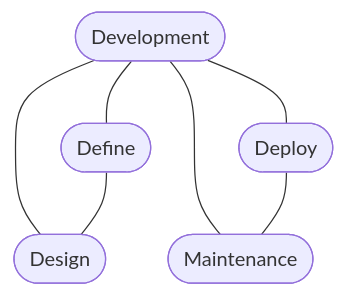
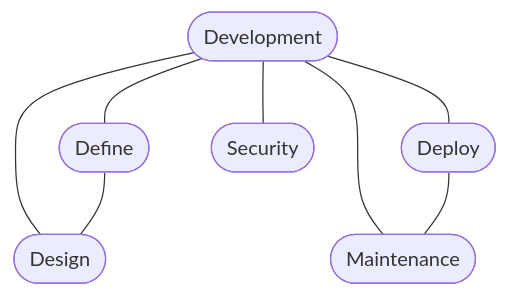
Before and after one commit to JohnTelford/iterate: the diagram in src/team_overview.md, drawn with Mermaid. The commit also changed 3 other files, not shown here.

````diff
--- a/src/team_overview.md
+++ b/src/team_overview.md
@@ -12,15 +12,17 @@
 ``` mermaid
 	graph TD
     dev --- def
     dev --- des
     dev --- dep
     dev --- mnt
     def --- des
     dep --- mnt
+    dev --- sec
 
     dev([Development])
     def([Define])
     des([Design])
     dep([Deploy])
     mnt([Maintenance])
-```
+    sec([Security])
+ ```
````
